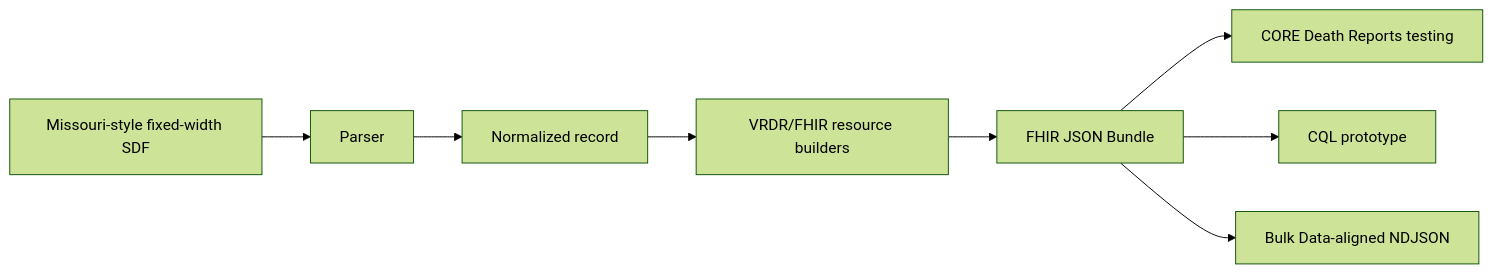
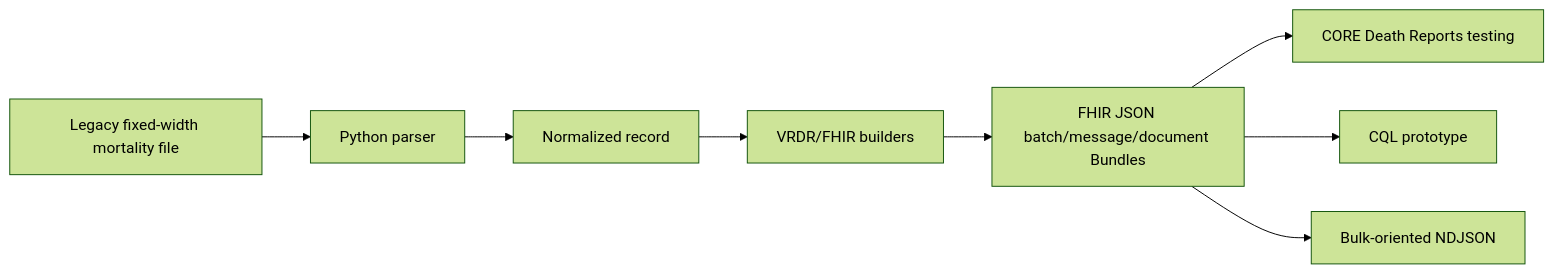
Before and after one commit to nishrj/FHIRBridgeVitalStatistics-MO: the diagram in README.md, drawn with Mermaid (forest theme). The commit also changed other lines of this file and 8 other files, not shown here.

````diff
--- a/README.md
+++ b/README.md
@@ -22,10 +17,10 @@
 ```mermaid
 flowchart LR
-    A[Missouri-style fixed-width SDF] --> B[Parser]
+    A[Legacy fixed-width mortality file] --> B[Python parser]
     B --> C[Normalized record]
-    C --> D[VRDR/FHIR resource builders]
-    D --> E[FHIR JSON Bundle]
+    C --> D[VRDR/FHIR builders]
+    D --> E[FHIR JSON batch/message/document Bundles]
     E --> F[CORE Death Reports testing]
     E --> G[CQL prototype]
-    E --> H[Bulk Data-aligned NDJSON]
+    E --> H[Bulk-oriented NDJSON]
 ```
````
